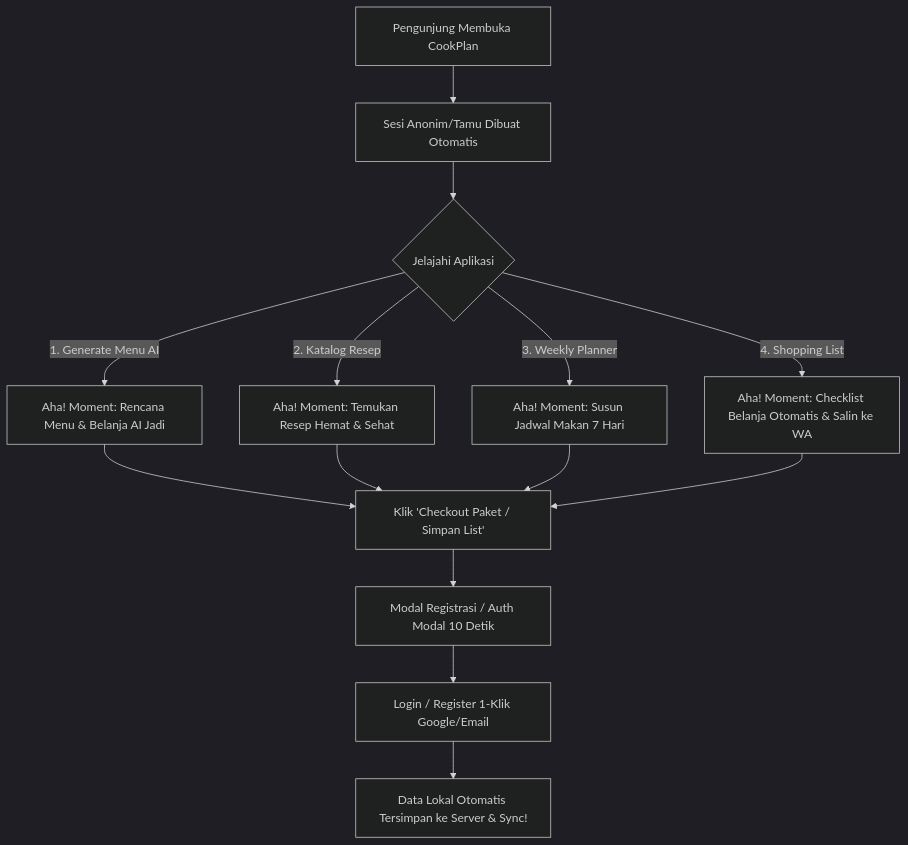
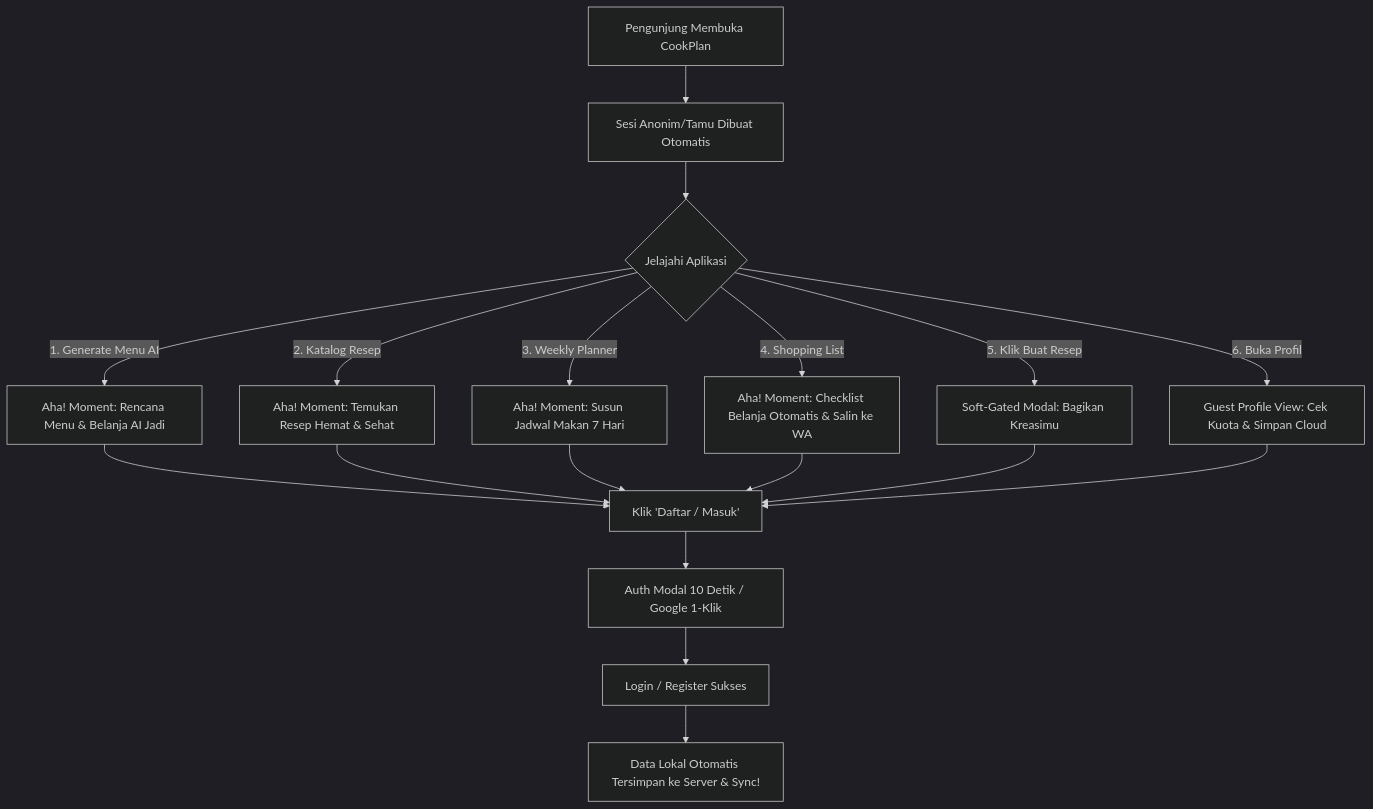
One commit to LeonardoTralala/CookPlan changed the diagram in docs/PRD_ONBOARDING_FRICTION_REDUCTION.md. Above: the diagram before and after it, drawn with Mermaid (dark theme). The commit also changed other lines of this file, not shown here.

Commit message:
docs: perbarui PRD untuk soft-gated conversion pada Buat Resep dan Halaman Profil

````diff
--- a/docs/PRD_ONBOARDING_FRICTION_REDUCTION.md
+++ b/docs/PRD_ONBOARDING_FRICTION_REDUCTION.md
@@ -65,18 +78,22 @@
 ```mermaid
 flowchart TD
     A[Pengunjung Membuka CookPlan] --> B[Sesi Anonim/Tamu Dibuat Otomatis]
     B --> C{Jelajahi Aplikasi}
     C -->|1. Generate Menu AI| D["Aha! Moment: Rencana Menu & Belanja AI Jadi"]
     C -->|2. Katalog Resep| E["Aha! Moment: Temukan Resep Hemat & Sehat"]
     C -->|3. Weekly Planner| F["Aha! Moment: Susun Jadwal Makan 7 Hari"]
     C -->|4. Shopping List| G["Aha! Moment: Checklist Belanja Otomatis & Salin ke WA"]
+    C -->|5. Klik Buat Resep| H["Soft-Gated Modal: Bagikan Kreasimu"]
+    C -->|6. Buka Profil| I["Guest Profile View: Cek Kuota & Simpan Cloud"]
     
-    D --> H[Klik 'Simpan / Terapkan ke Planner']
-    E --> H[Klik 'Bookmark / Like Resep']
-    F --> H[Klik 'Simpan Permanen']
-    G --> H[Klik 'Checkout Paket / Simpan List']
+    D --> J[Klik 'Simpan / Terapkan ke Planner']
+    E --> J[Klik 'Bookmark / Like Resep']
+    F --> J[Klik 'Simpan Permanen']
+    G --> J[Klik 'Checkout Paket / Simpan List']
+    H --> J[Klik 'Daftar / Masuk']
+    I --> J[Klik 'Daftar / Masuk']
     
-    H --> I[Modal Registrasi / Auth Modal 10 Detik]
-    I --> J[Login / Register 1-Klik Google/Email]
-    J --> K[Data Lokal Otomatis Tersimpan ke Server & Sync!]
+    J --> K[Auth Modal 10 Detik / Google 1-Klik]
+    K --> L[Login / Register Sukses]
+    L --> M[Data Lokal Otomatis Tersimpan ke Server & Sync!]
 ```
````
